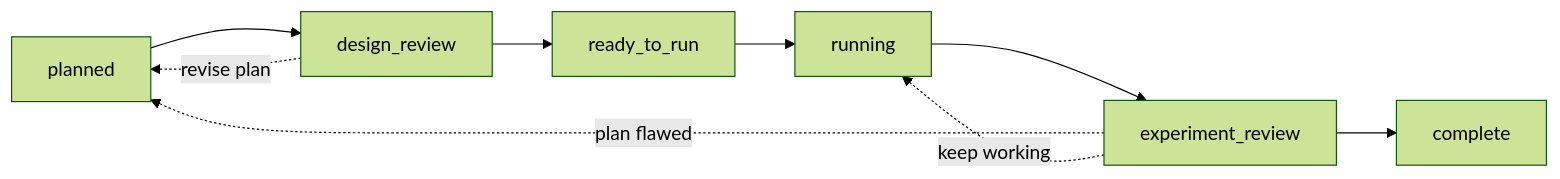
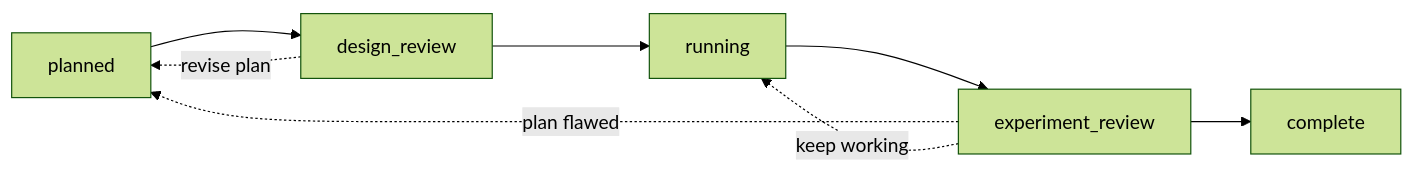
The first of 2 diagrams in merv/README.md (rapidreview-io/Merv), drawn with Mermaid (forest theme) before and after one commit. The commit also changed other lines of this file and 138 other files, not shown here.

First line of the commit message:
Introduce versioned workflow graphs, composition, and node dispatch

````diff
--- a/merv/README.md
+++ b/merv/README.md
@@ -108,7 +108,7 @@
 ```mermaid
 flowchart LR
-    planned --> design_review --> ready_to_run --> running --> experiment_review --> complete
+    planned --> design_review --> running --> experiment_review --> complete
     design_review -. revise plan .-> planned
     experiment_review -. plan flawed .-> planned
     experiment_review -. keep working .-> running
 ```
````
